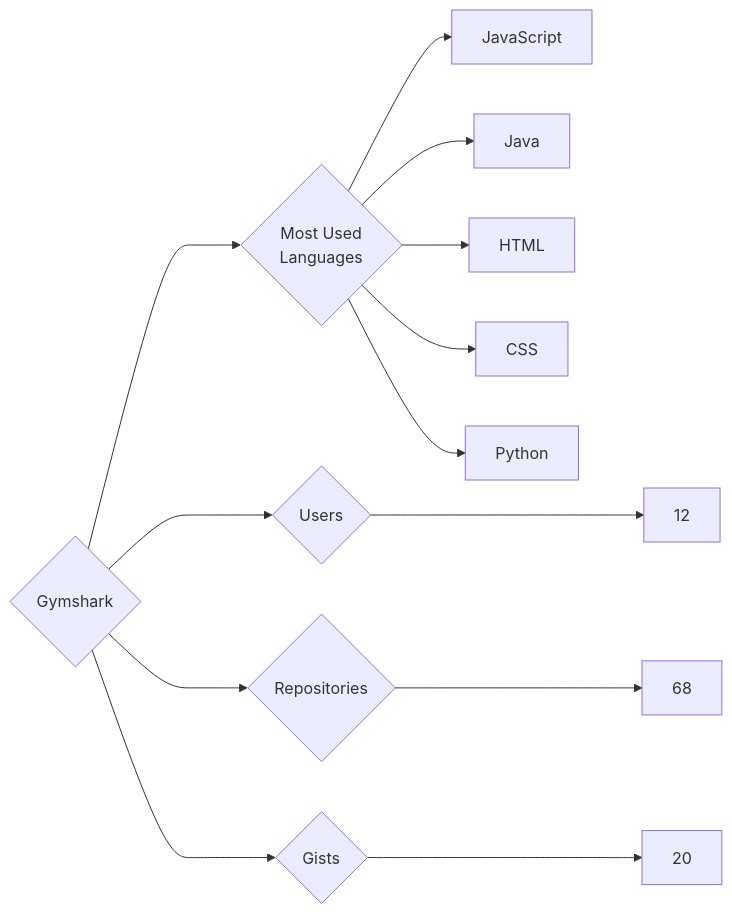
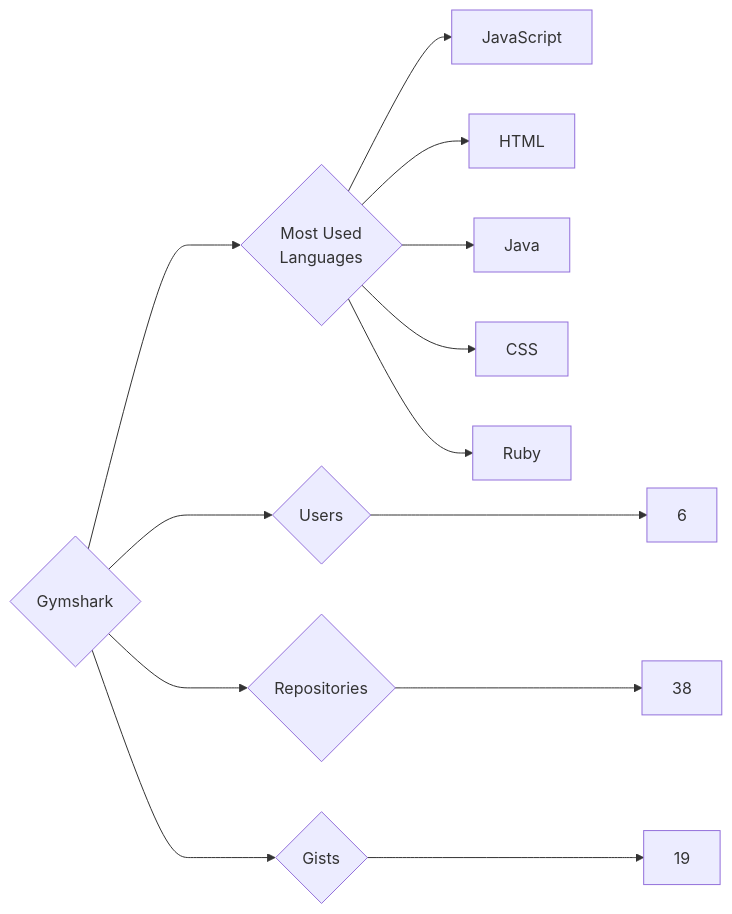
The diagram in targets/Gymshark/README.md (trickest/insiders), drawn with Mermaid before and after one commit. The commit also changed 860 other files, not shown here.

````diff
--- a/targets/Gymshark/README.md
+++ b/targets/Gymshark/README.md
@@ -3,13 +3,13 @@
 ```mermaid
 graph LR
 COMPANY_NAME{Gymshark}
-COMPANY_NAME ---> U{Users} ---> UN[12]
-COMPANY_NAME ---> R{Repositories} ---> RN[68]
-COMPANY_NAME ---> G{Gists} ---> GN[20]
+COMPANY_NAME ---> U{Users} ---> UN[6]
+COMPANY_NAME ---> R{Repositories} ---> RN[38]
+COMPANY_NAME ---> G{Gists} ---> GN[19]
 COMPANY_NAME ---> ML{Most Used<br>Languages}
 ML --> JavaScript[JavaScript]
+ML --> HTML[HTML]
 ML --> Java[Java]
-ML --> HTML[HTML]
 ML --> CSS[CSS]
-ML --> Python[Python]
+ML --> Ruby[Ruby]
 ```
````
